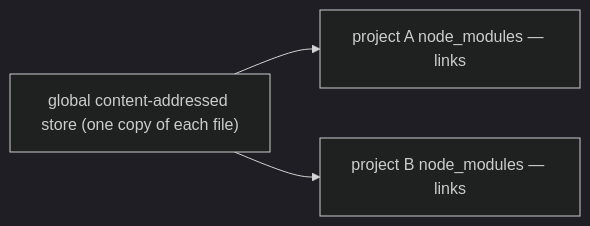
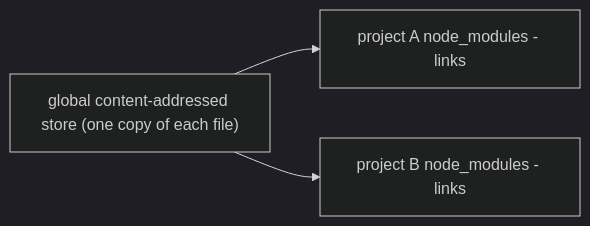
The diagram in guides/tooling/npm-pnpm-yarn/03-store-and-gotchas.md (Topurrra/themissingmanual), drawn with Mermaid (dark theme) before and after one commit. The commit also changed other lines of this file and 1072 other files, not shown here.

````diff
--- a/guides/tooling/npm-pnpm-yarn/03-store-and-gotchas.md
+++ b/guides/tooling/npm-pnpm-yarn/03-store-and-gotchas.md
@@ -38,8 +38,8 @@
 ```mermaid
 flowchart LR
   S["global content-addressed store (one copy of each file)"]
-  P1["project A node_modules — links"]
-  P2["project B node_modules — links"]
+  P1["project A node_modules - links"]
+  P2["project B node_modules - links"]
   S --> P1
   S --> P2
 ```
````
